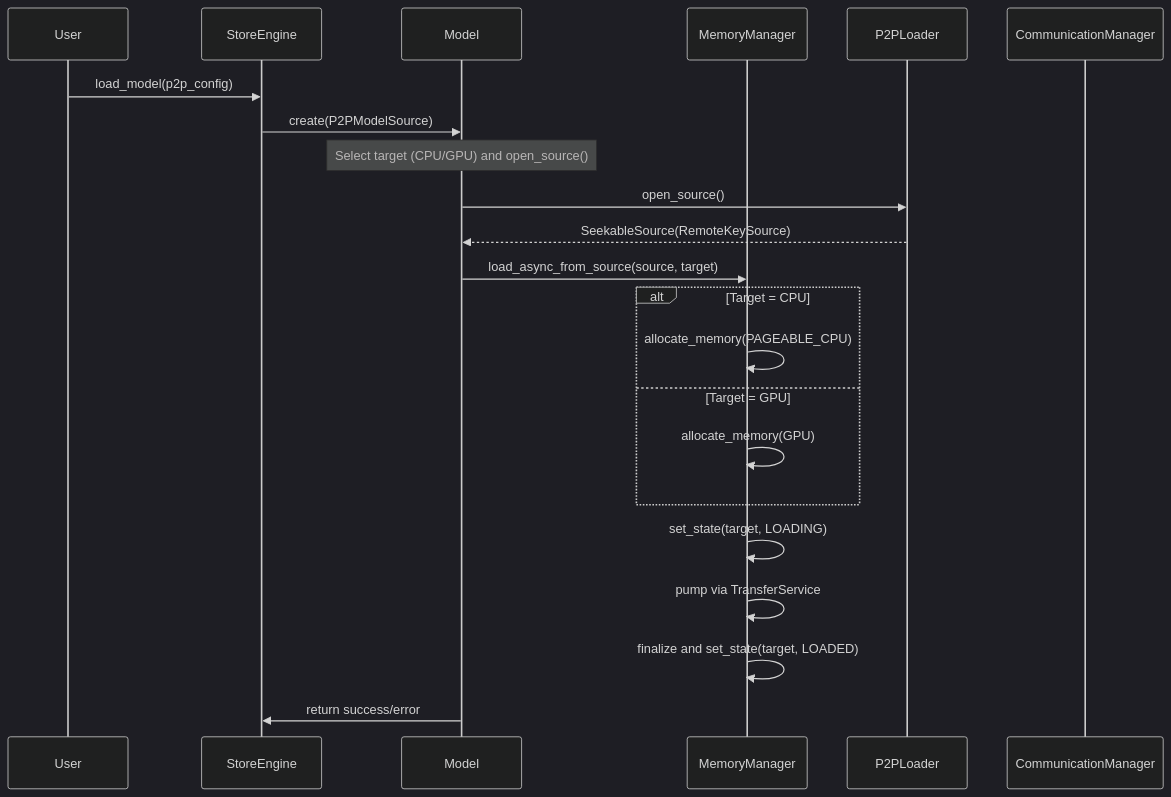
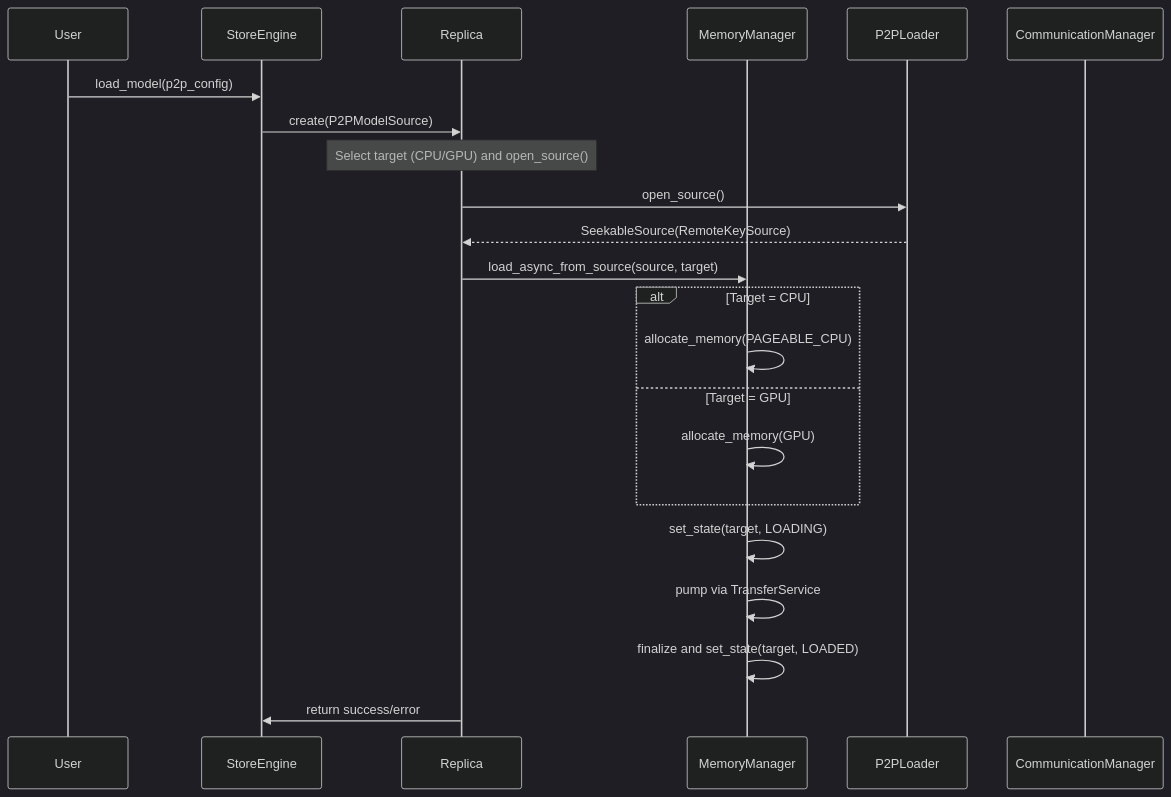
Before and after one commit to tensorcast-ai/tensorcast: diagram 12 of 13 in web-docs/docs/developer-guides/core/store/architecture.md, drawn with Mermaid (dark theme). The commit also changed other lines of this file and 331 other files, not shown here.

Commit message:
refactor: refactor model to artifact & replica

````diff
--- a/web-docs/docs/developer-guides/core/store/architecture.md
+++ b/web-docs/docs/developer-guides/core/store/architecture.md
@@ -522,29 +522,29 @@
 ```mermaid
 sequenceDiagram
     participant User
     participant CS as StoreEngine
-    participant M as Model
+    participant M as Replica
     participant MM as MemoryManager
     participant RL as P2PLoader
     participant CM as CommunicationManager
 
     User->>CS: load_model(p2p_config)
     CS->>M: create(P2PModelSource)
 
     Note over M: Select target (CPU/GPU) and open_source()
     M->>RL: open_source()
     RL-->>M: SeekableSource(RemoteKeySource)
     M->>MM: load_async_from_source(source, target)
 
     alt Target = CPU
         MM->>MM: allocate_memory(PAGEABLE_CPU)
     else Target = GPU
         MM->>MM: allocate_memory(GPU)
     end
 
     MM->>MM: set_state(target, LOADING)
     MM->>MM: pump via TransferService
     MM->>MM: finalize and set_state(target, LOADED)
 
     M->>CS: return success/error
 ```
````
